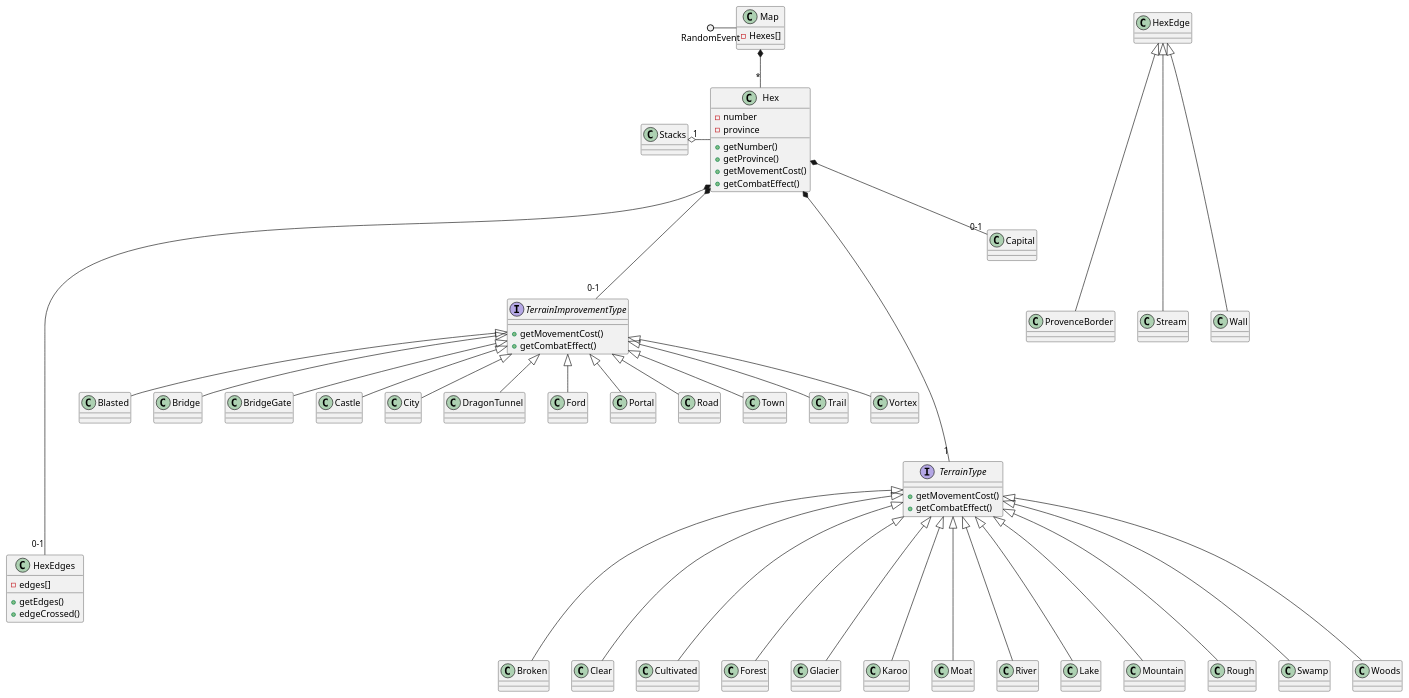
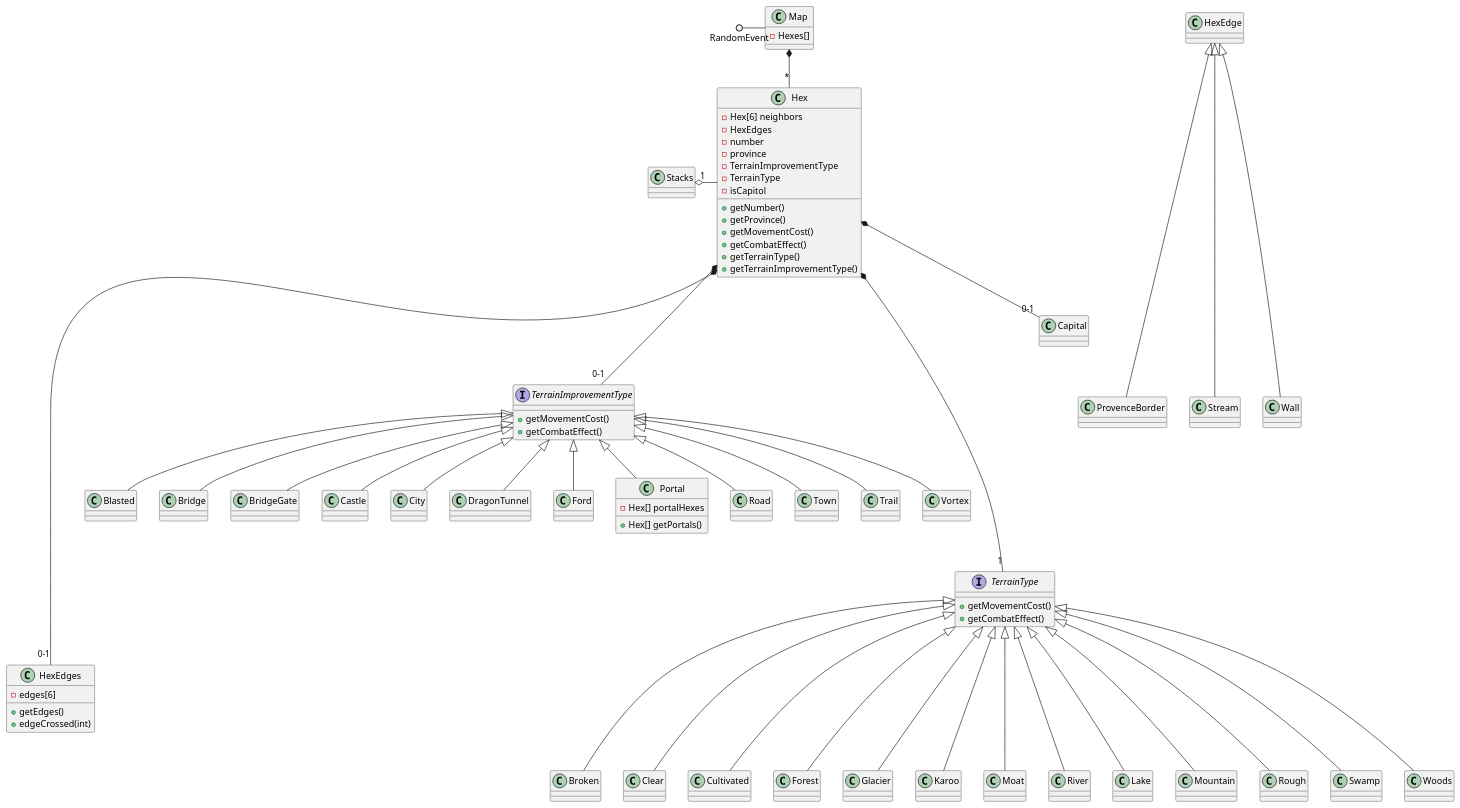
The diagram in Map.puml (CS383-Sword-and-Sorcery/HW3), drawn with PlantUML before and after one commit.

```diff
--- a/Map.puml
+++ b/Map.puml
@@ -1,107 +1,117 @@
 @startuml
 class Map {
 -Hexes[]
 
 }
 
 class Hex {
+-Hex[6] neighbors
+-HexEdges
 -number
 -province
+-TerrainImprovementType
+-TerrainType
+-isCapitol
 +getNumber()
 +getProvince()
 +getMovementCost()
 +getCombatEffect()
++getTerrainType()
++getTerrainImprovementType()
 }
 
 class HexEdges {
--edges[]
+-edges[6]
 +getEdges()
-+edgeCrossed()
++edgeCrossed(int)
 }
 
 interface TerrainImprovementType {
 +getMovementCost()
 +getCombatEffect()
 }
 
 interface TerrainType {
 +getMovementCost()
 +getCombatEffect()
 }
 
 class Blasted
 class Bridge
 class BridgeGate
 class Broken
 class Capital
 class Castle
 class City
 class Clear
 class Cultivated
 class DragonTunnel
 class Ford
 class Forest
 class Glacier
 class Karoo
 class Moat
 class River
 class Lake
 class Mountain
-class Portal
+class Portal {
+    -Hex[] portalHexes
+    +Hex[] getPortals()
+}
 class ProvenceBorder
 class Road
 class Rough
 class Stream
 class Swamp
 class Town
 class Trail
 class Vortex
 class Wall
 class Woods
 
 RandomEvent ()- Map
 
 
 Map *-- "*" Hex
 Stacks "1" o- Hex
 
 
 Hex *----- "1" TerrainType
 Hex *--- "0-1" TerrainImprovementType
 Hex *-- "0-1" Capital 
 Hex *------ "0-1" HexEdges 
 
 TerrainImprovementType <|-- Blasted
 TerrainImprovementType <|-- Bridge
 TerrainImprovementType <|-- BridgeGate
 TerrainImprovementType <|-- Castle
 TerrainImprovementType <|-- City
 TerrainImprovementType <|-- DragonTunnel
 TerrainImprovementType <|-- Ford
 TerrainImprovementType <|-- Portal
 TerrainImprovementType <|-- Road
 TerrainImprovementType <|-- Town
 TerrainImprovementType <|-- Trail
 TerrainImprovementType <|-- Vortex
 
 TerrainType <|--- Broken
 TerrainType <|--- Clear
 TerrainType <|--- Cultivated
 TerrainType <|--- Forest
 TerrainType <|--- Glacier
 TerrainType <|--- Karoo
 TerrainType <|--- River
 TerrainType <|--- Lake
 TerrainType <|--- Moat
 TerrainType <|--- Mountain
 TerrainType <|--- Rough
 TerrainType <|--- Swamp
 TerrainType <|--- Woods
 
 HexEdge <|---- ProvenceBorder
 HexEdge <|---- Stream
 HexEdge <|---- Wall
 
 
 
 @enduml
```
